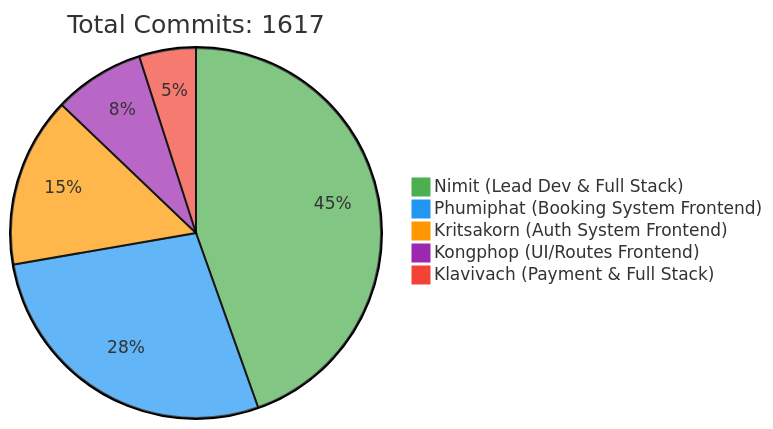
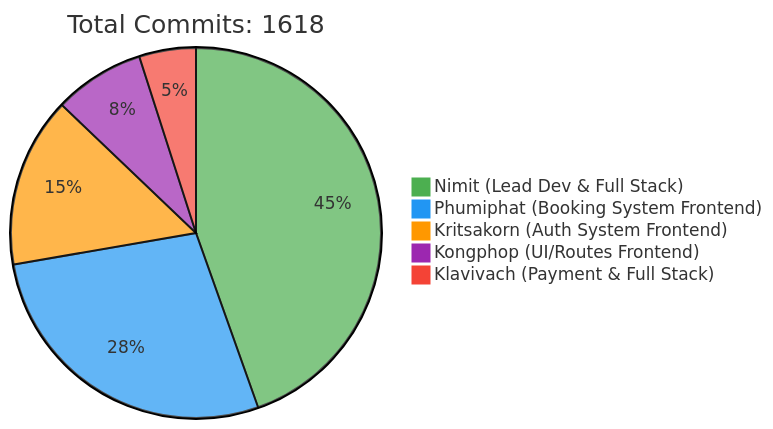
The first of 2 diagrams in README.md (6531503042/Sport-Complex), drawn with Mermaid before and after one commit. The commit also changed other lines of this file, not shown here.

Commit message:
docs: Update contributor statistics [skip ci]

````diff
--- a/README.md
+++ b/README.md
@@ -257,10 +257,10 @@
 ```mermaid
 %%{init: {'theme': 'base', 'themeVariables': { 'pie1': '#4CAF50', 'pie2': '#2196F3', 'pie3': '#FF9800', 'pie4': '#9C27B0', 'pie5': '#F44336'}}}%%
 pie
-    title Total Commits: 1617
+    title Total Commits: 1618
     "Nimit (Lead Dev & Full Stack)" : 450
     "Phumiphat (Booking System Frontend)" : 280
     "Kritsakorn (Auth System Frontend)" : 150
     "Kongphop (UI/Routes Frontend)" : 80
     "Klavivach (Payment & Full Stack)" : 50
 ```
````
